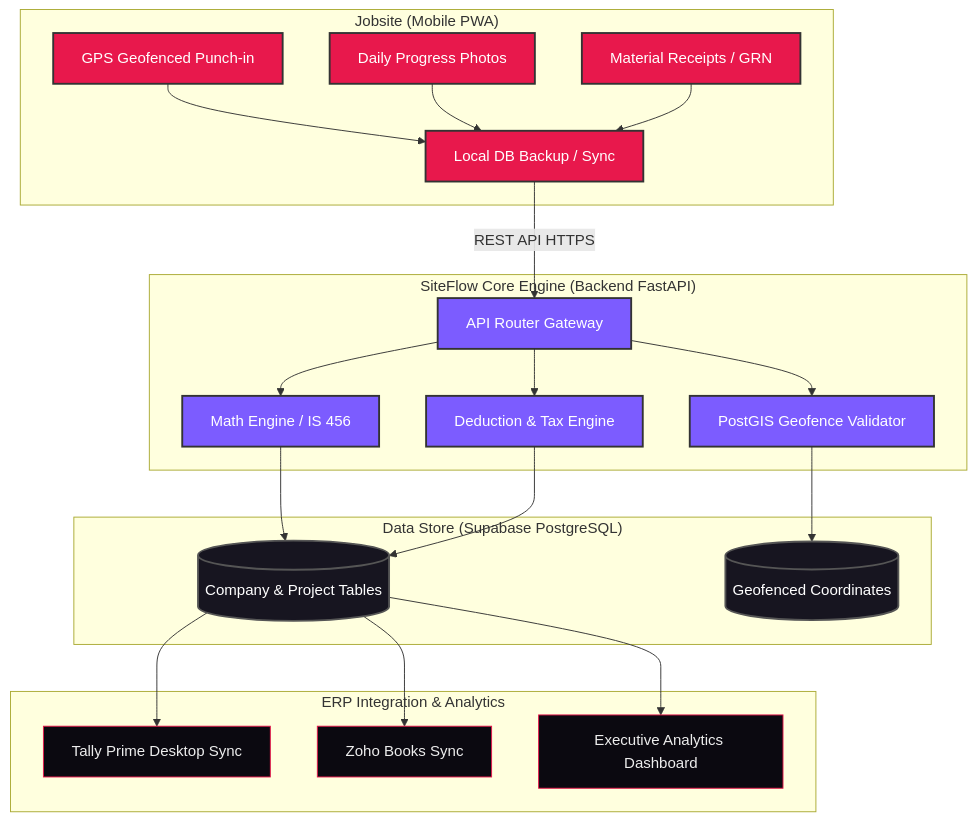
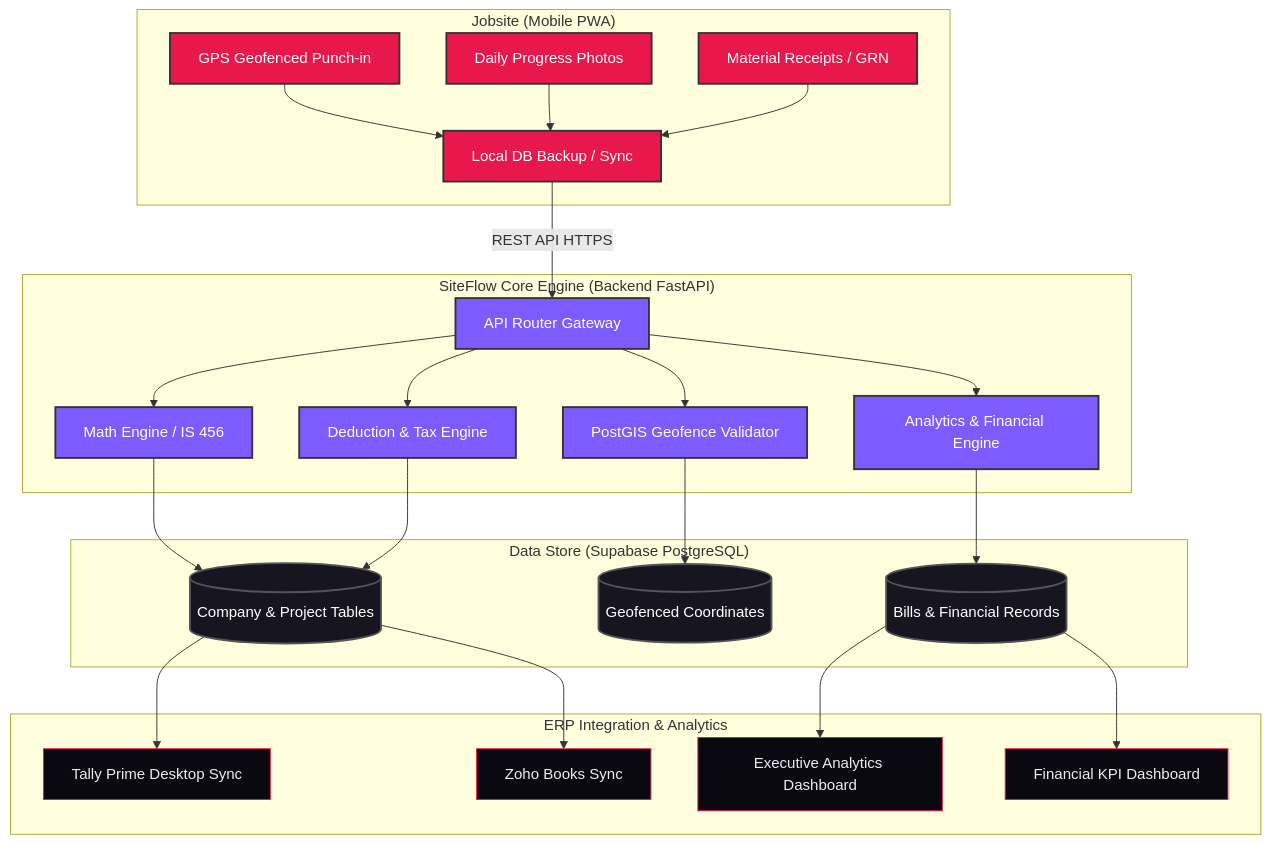
One commit to yieldchaser/Construction-Management-ERP-Software changed the first of 2 diagrams in README.md. Above: the diagram before and after it, drawn with Mermaid. The commit also changed other lines of this file, not shown here.

````diff
--- a/README.md
+++ b/README.md
@@ -48,37 +53,40 @@
 ```mermaid
 graph TD
     subgraph Jobsite ["Jobsite (Mobile PWA)"]
         A1[GPS Geofenced Punch-in] --> B1[Local DB Backup / Sync]
         A2[Daily Progress Photos] --> B1
         A3[Material Receipts / GRN] --> B1
     end
 
     subgraph CoreEngine ["SiteFlow Core Engine (Backend FastAPI)"]
         B1 -- REST API HTTPS --> C1[API Router Gateway]
         C1 --> C2[Math Engine / IS 456]
         C1 --> C3[Deduction & Tax Engine]
         C1 --> C4[PostGIS Geofence Validator]
+        C1 --> C5[Analytics & Financial Engine]
     end
 
     subgraph DataStore ["Data Store (Supabase PostgreSQL)"]
         C2 --> D1[(Company & Project Tables)]
         C3 --> D1
         C4 --> D2[(Geofenced Coordinates)]
+        C5 --> D3[(Bills & Financial Records)]
     end
 
     subgraph ERP ["ERP Integration & Analytics"]
         D1 --> E1[Tally Prime Desktop Sync]
         D1 --> E2[Zoho Books Sync]
-        D1 --> E3[Executive Analytics Dashboard]
+        D3 --> E3[Executive Analytics Dashboard]
+        D3 --> E4[Financial KPI Dashboard]
     end
 
     classDef site fill:#E8184C,stroke:#333,stroke-width:2px,color:#fff;
     classDef core fill:#7C5CFF,stroke:#333,stroke-width:2px,color:#fff;
     classDef db fill:#171520,stroke:#555,stroke-width:2px,color:#fff;
     classDef integrations fill:#0B0910,stroke:#E8184C,stroke-width:1px,color:#ededed;
     
     class A1,A2,A3,B1 site;
-    class C1,C2,C3,C4 core;
-    class D1,D2 db;
-    class E1,E2,E3 integrations;
+    class C1,C2,C3,C4,C5 core;
+    class D1,D2,D3 db;
+    class E1,E2,E3,E4 integrations;
 ```
````
